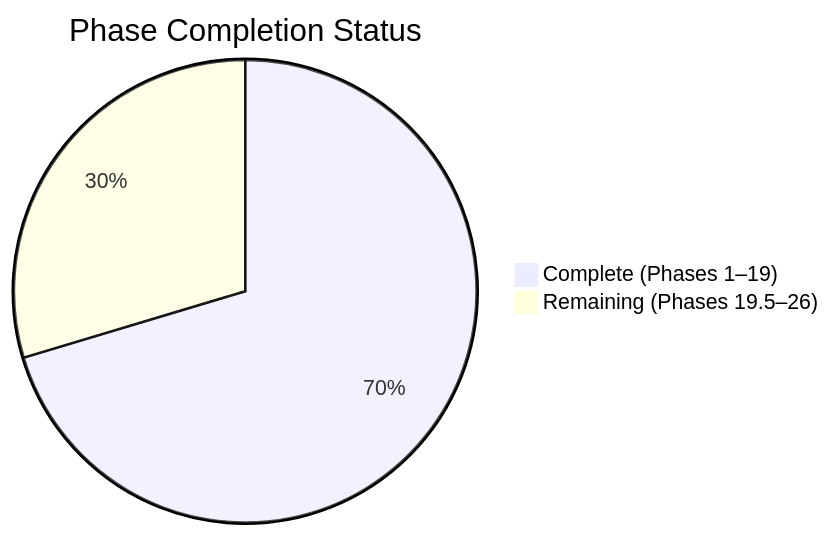
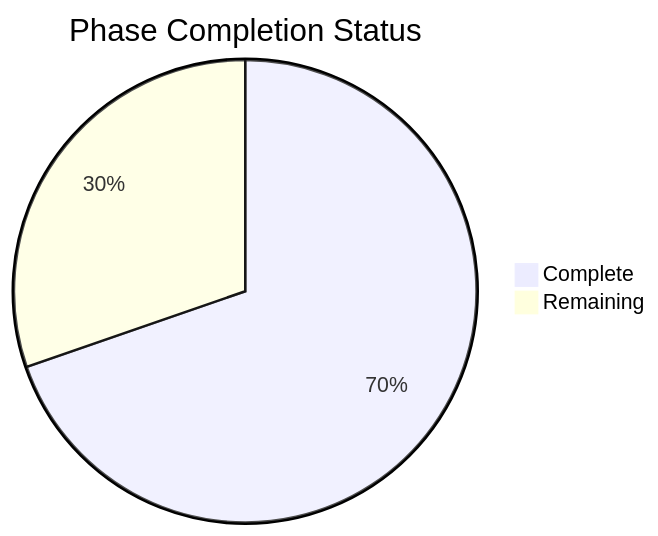
Before and after one commit to Nani040905/mobile-legal-ai-assistant: the first of 2 diagrams in docs/07-roadmap.md, drawn with Mermaid. The commit also changed other lines of this file and 1 other file, not shown here.

````diff
--- a/docs/07-roadmap.md
+++ b/docs/07-roadmap.md
@@ -5,5 +5,5 @@
 ```mermaid
 pie title Phase Completion Status
-    "Complete (Phases 1–19)" : 19
-    "Remaining (Phases 19.5–26)" : 8
+    "Complete" : 23
+    "Remaining" : 10
 ```
````
